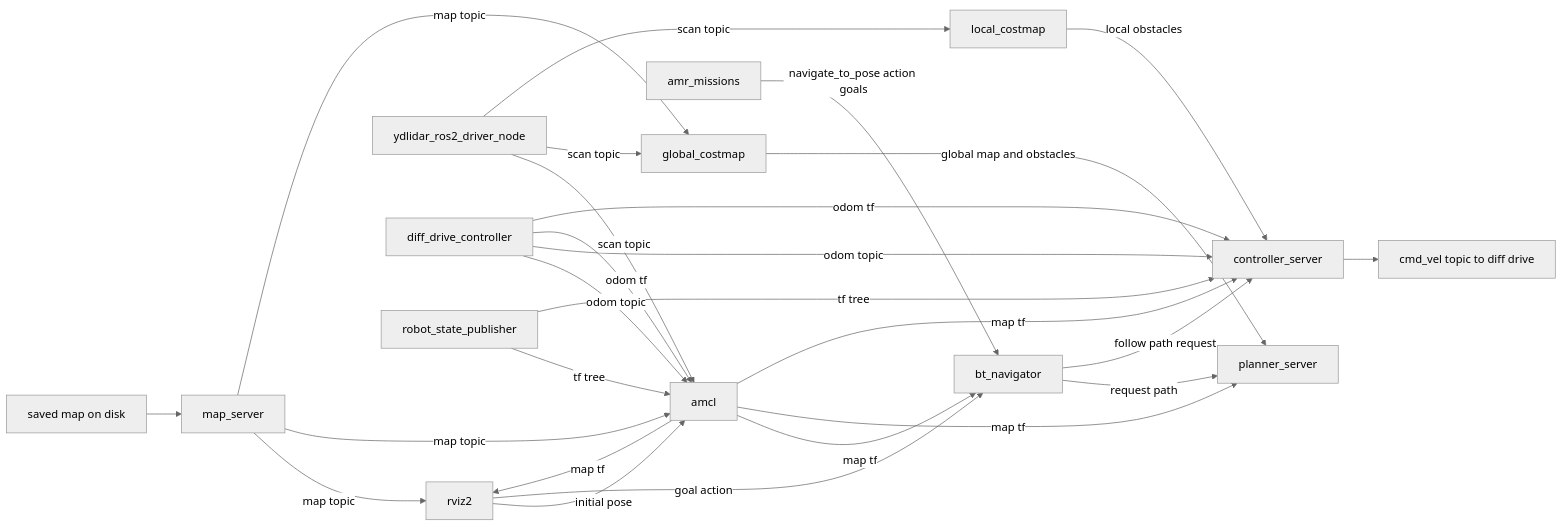
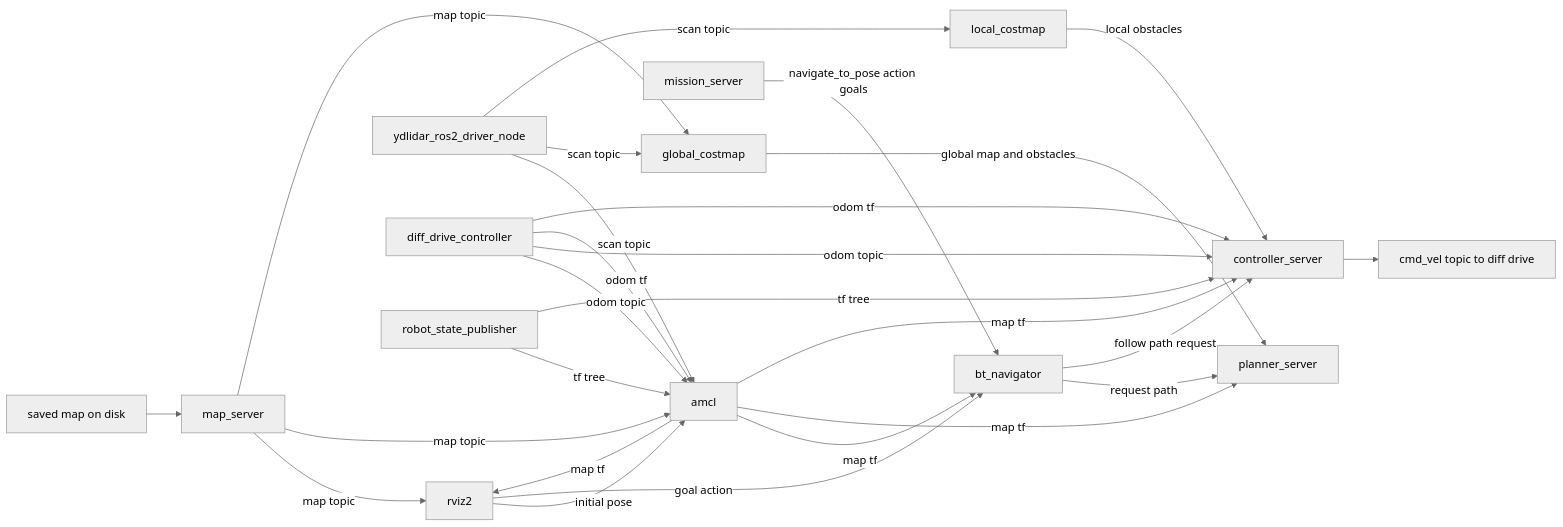
One commit to KartikMehta-1/AMR-development changed the fifth of 6 diagrams in docs/ros_stack_diagrams.md. Above: the diagram before and after it, drawn with Mermaid (neutral theme). The commit also changed other lines of this file and 8 other files, not shown here.

````diff
--- a/docs/ros_stack_diagrams.md
+++ b/docs/ros_stack_diagrams.md
@@ -258,48 +258,48 @@
 ```mermaid
 flowchart LR
   MAP_FILE[saved map on disk]
   MAP_SERVER[map_server]
   RVIZ[rviz2]
   AMCL[amcl]
-  MISSIONS[amr_missions]
+    MISSIONS[mission_server]
   LIDAR[ydlidar_ros2_driver_node]
   DDC[diff_drive_controller]
   RSP[robot_state_publisher]
   BT[bt_navigator]
   PLANNER[planner_server]
   CONTROLLER[controller_server]
   GCM[global_costmap]
   LCM[local_costmap]
   DDCMD[cmd_vel topic to diff drive]
 
   MAP_FILE --> MAP_SERVER
   MAP_SERVER -->|map topic| RVIZ
   MAP_SERVER -->|map topic| AMCL
   MAP_SERVER -->|map topic| GCM
 
   RVIZ -->|initial pose| AMCL
   RVIZ -->|goal action| BT
   MISSIONS -->|navigate_to_pose action goals| BT
 
   LIDAR -->|scan topic| AMCL
   LIDAR -->|scan topic| GCM
   LIDAR -->|scan topic| LCM
 
   DDC -->|odom topic| AMCL
   DDC -->|odom topic| CONTROLLER
   DDC -->|odom tf| AMCL
   DDC -->|odom tf| CONTROLLER
   RSP -->|tf tree| AMCL
   RSP -->|tf tree| CONTROLLER
 
   AMCL -->|map tf| RVIZ
   AMCL -->|map tf| BT
   AMCL -->|map tf| PLANNER
   AMCL -->|map tf| CONTROLLER
 
   BT -->|request path| PLANNER
   GCM -->|global map and obstacles| PLANNER
   BT -->|follow path request| CONTROLLER
   LCM -->|local obstacles| CONTROLLER
   CONTROLLER --> DDCMD
 ```
````
